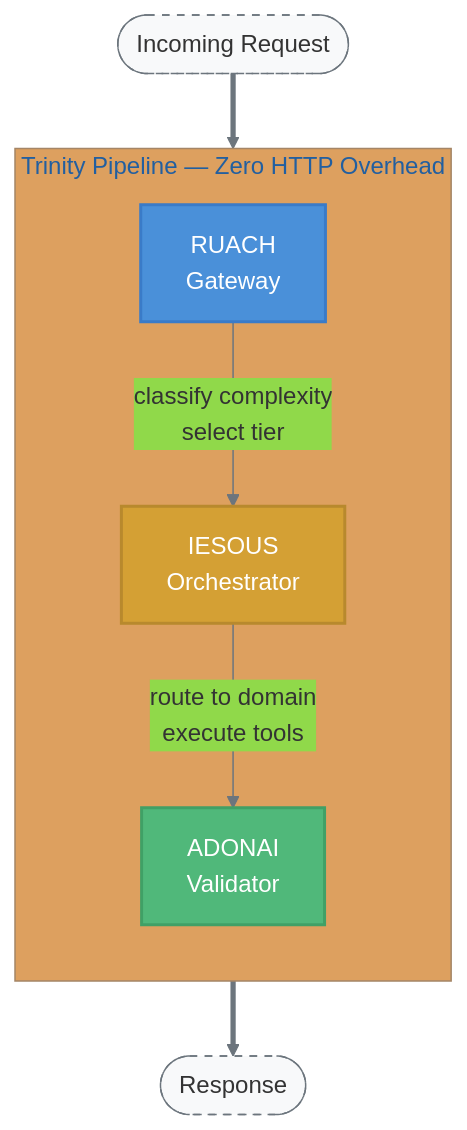
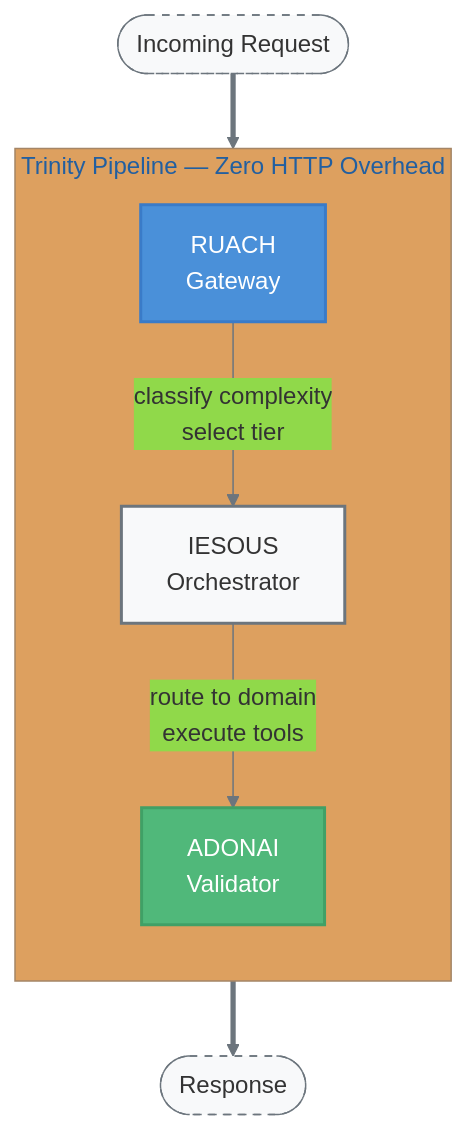
One commit to theLightArchitect/CORSO changed the first of 2 diagrams in README.md. Above: the diagram before and after it, drawn with Mermaid.

Commit message:
Change orchestrator node from orange to white

````diff
--- a/README.md
+++ b/README.md
@@ -24,24 +24,24 @@
 ```mermaid
 %%{init: {'theme': 'base', 'themeVariables': {'primaryColor': '#4a90d9', 'lineColor': '#6c757d'}}}%%
 flowchart TD
     A([Incoming Request]) ==> B
 
     subgraph TRINITY ["Trinity Pipeline — Zero HTTP Overhead"]
         direction TB
         B["RUACH<br/>Gateway"]
         B -->|"classify complexity<br/>select tier"| C["IESOUS<br/>Orchestrator"]
         C -->|"route to domain<br/>execute tools"| D["ADONAI<br/>Validator"]
     end
 
     D ==> E([Response])
 
     classDef gateway fill:#4a90d9,color:#fff,stroke:#3a7bc8,stroke-width:2px
-    classDef orch fill:#d4a034,color:#fff,stroke:#b8892d,stroke-width:2px
+    classDef orch fill:#f8f9fa,color:#333,stroke:#6c757d,stroke-width:2px
     classDef valid fill:#50b87a,color:#fff,stroke:#40a066,stroke-width:2px
     classDef io fill:#f8f9fa,color:#333,stroke:#6c757d,stroke-dasharray:5 5
 
     class B gateway
     class C orch
     class D valid
     class A,E io
 ```
````
